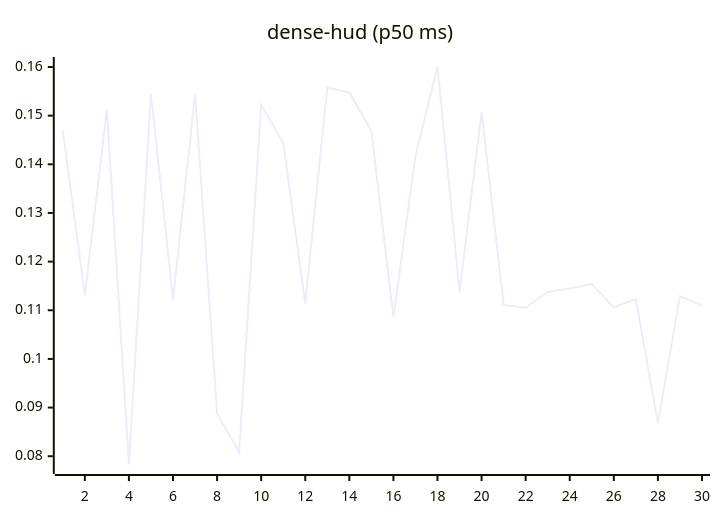
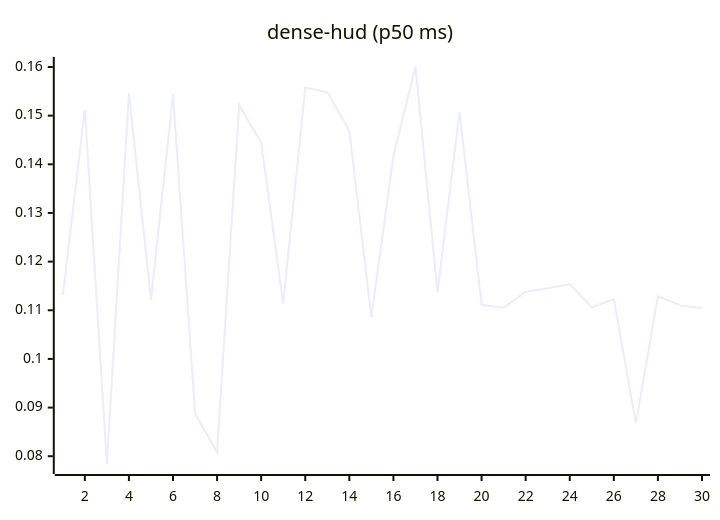
One commit to josha/Facet changed the eighth of 27 diagrams in README.md. Above: the diagram before and after it, drawn with Mermaid. The commit also changed other lines of this file and 2 other files, not shown here.

````diff
--- a/README.md
+++ b/README.md
@@ -112,6 +112,6 @@
 ```mermaid
 xychart-beta
     title "dense-hud (p50 ms)"
     x-axis 1 --> 30
-    line [0.1469, 0.1131, 0.1512, 0.0783, 0.1546, 0.1122, 0.1543, 0.0888, 0.0808, 0.1522, 0.1444, 0.1114, 0.1558, 0.1548, 0.1469, 0.1086, 0.1417, 0.1601, 0.1137, 0.1508, 0.1111, 0.1105, 0.1138, 0.1145, 0.1154, 0.1106, 0.1123, 0.0868, 0.1129, 0.1110]
+    line [0.1131, 0.1512, 0.0783, 0.1546, 0.1122, 0.1543, 0.0888, 0.0808, 0.1522, 0.1444, 0.1114, 0.1558, 0.1548, 0.1469, 0.1086, 0.1417, 0.1601, 0.1137, 0.1508, 0.1111, 0.1105, 0.1138, 0.1145, 0.1154, 0.1106, 0.1123, 0.0868, 0.1129, 0.1110, 0.1104]
 ```
````
